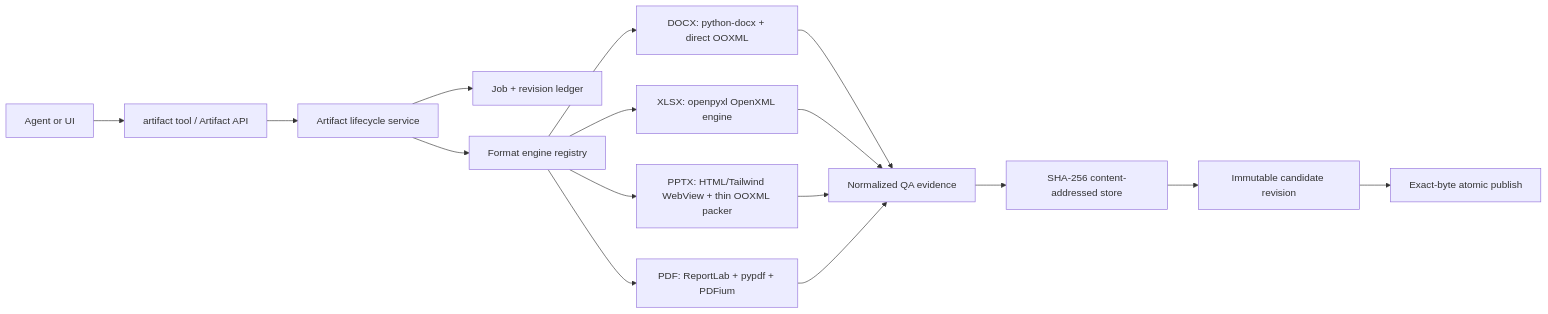
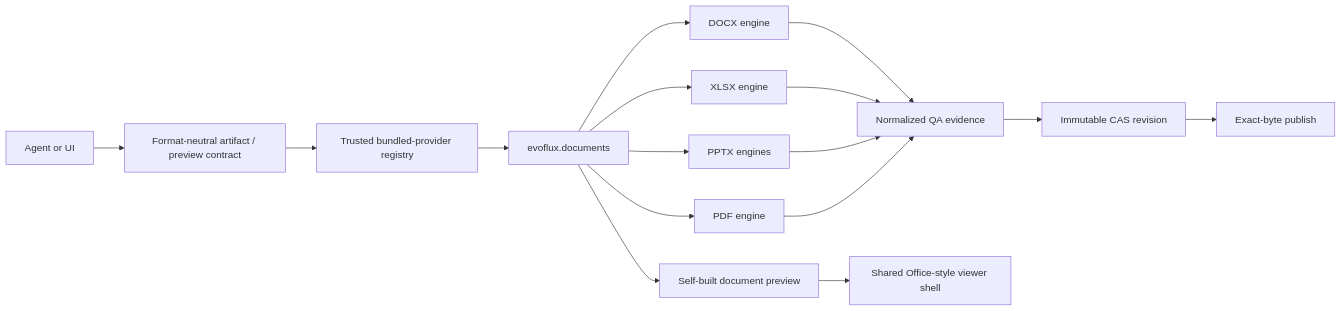
One commit to evoelsewhere/evoflux changed the first of 2 diagrams in documents/architecture/artifact-fabric.md. Above: the diagram before and after it, drawn with Mermaid. The commit also changed other lines of this file and 166 other files, not shown here.

Commit message:
feat: move document workflows into built-in plugin

````diff
--- a/documents/architecture/artifact-fabric.md
+++ b/documents/architecture/artifact-fabric.md
@@ -30,18 +32,18 @@
 ```mermaid
 flowchart LR
-    A["Agent or UI"] --> T["artifact tool / Artifact API"]
-    T --> C["Artifact lifecycle service"]
-    C --> J["Job + revision ledger"]
-    C --> R["Format engine registry"]
-    R --> D["DOCX: python-docx + direct OOXML"]
-    R --> X["XLSX: openpyxl OpenXML engine"]
-    R --> P["PPTX: HTML/Tailwind WebView + thin OOXML packer"]
-    R --> F["PDF: ReportLab + pypdf + PDFium"]
+    A["Agent or UI"] --> C["Format-neutral artifact / preview contract"]
+    C --> R["Trusted bundled-provider registry"]
+    R --> P["evoflux.documents"]
+    P --> D["DOCX engine"]
+    P --> X["XLSX engine"]
+    P --> S["PPTX engines"]
+    P --> F["PDF engine"]
     D --> Q["Normalized QA evidence"]
     X --> Q
-    P --> Q
+    S --> Q
     F --> Q
-    Q --> S["SHA-256 content-addressed store"]
-    S --> V["Immutable candidate revision"]
-    V --> B["Exact-byte atomic publish"]
+    Q --> V["Immutable CAS revision"]
+    V --> B["Exact-byte publish"]
+    P --> H["Self-built document preview"]
+    H --> U["Shared Office-style viewer shell"]
 ```
````
